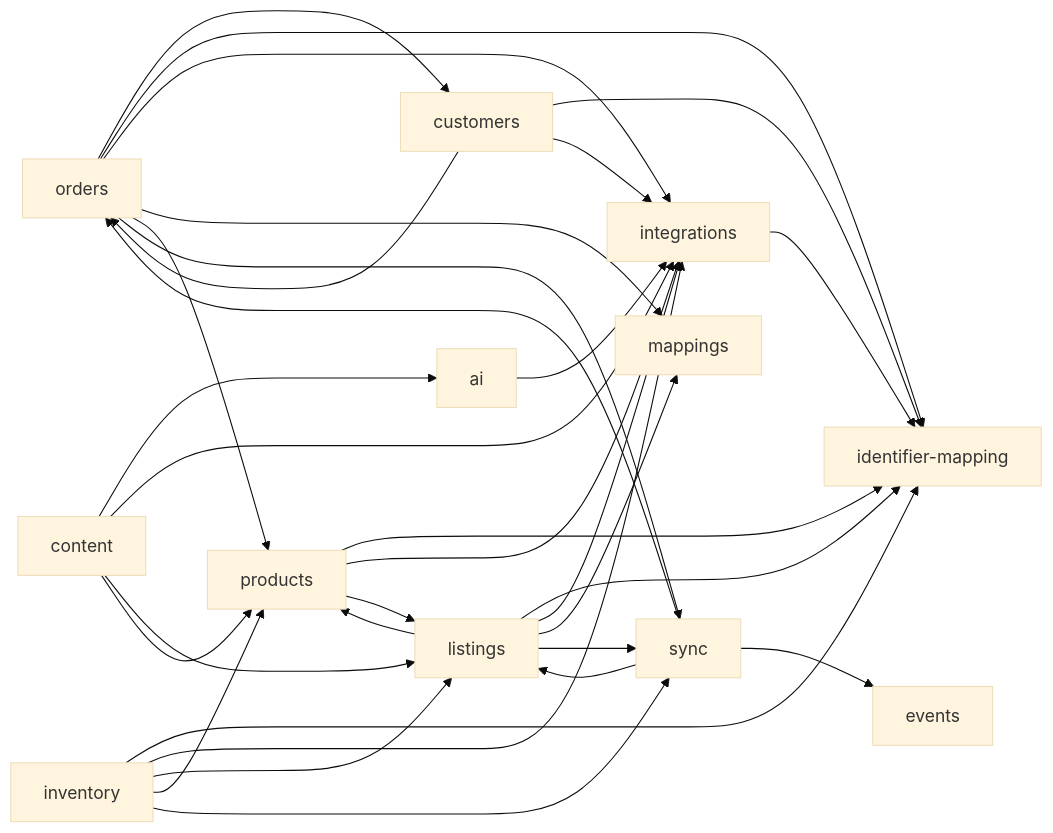
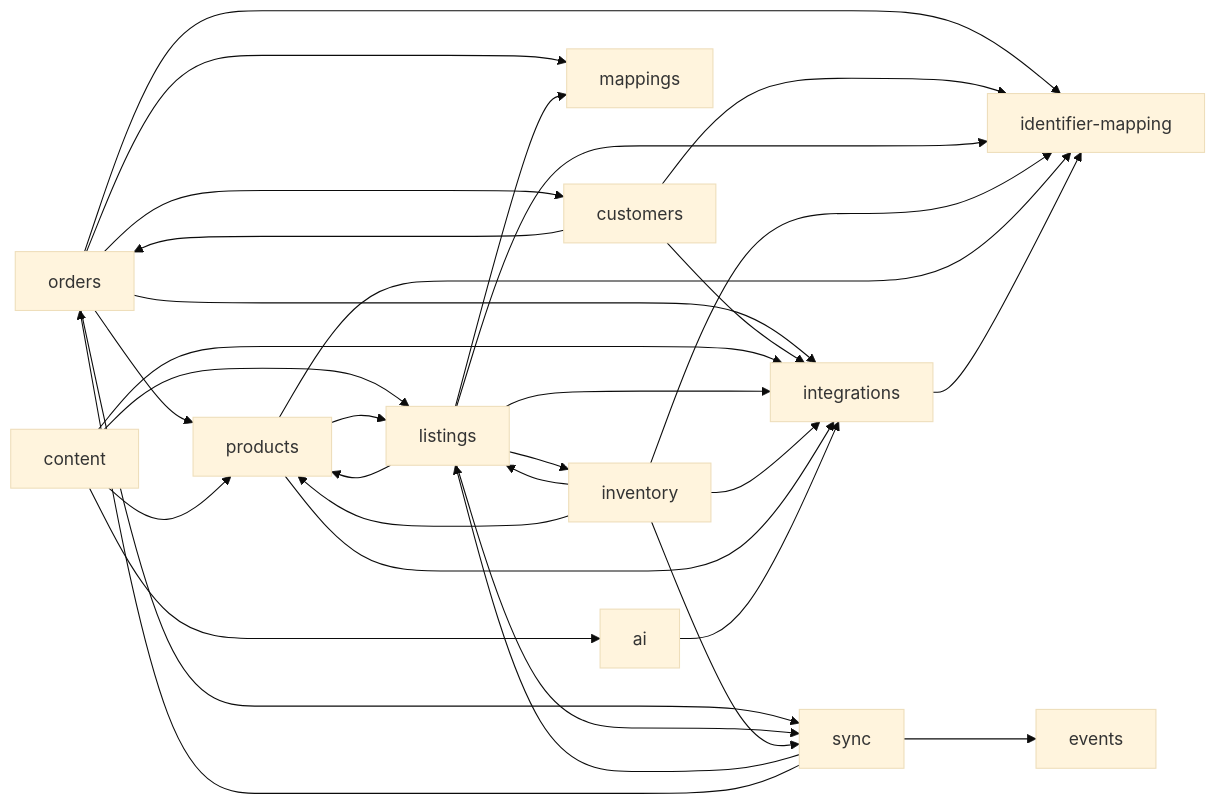
The diagram in docs/architecture-overview.md (openlinker-project/openlinker), drawn with Mermaid (base theme) before and after one commit. The commit also changed other lines of this file and 5 other files, not shown here.

````diff
--- a/docs/architecture-overview.md
+++ b/docs/architecture-overview.md
@@ -1140,34 +1141,35 @@
 ```mermaid
 graph LR
   orders --> customers
   orders --> identifier-mapping
   orders --> integrations
   orders --> mappings
   orders --> products
   orders --> sync
   customers --> identifier-mapping
   customers --> integrations
   customers --> orders
   content --> ai
   content --> integrations
   content --> listings
   content --> products
   listings --> identifier-mapping
   listings --> integrations
+  listings --> inventory
   listings --> mappings
   listings --> products
   listings --> sync
   inventory --> identifier-mapping
   inventory --> integrations
   inventory --> listings
   inventory --> products
   inventory --> sync
   products --> identifier-mapping
   products --> integrations
   products --> listings
   sync --> events
   sync --> listings
   sync --> orders
   ai --> integrations
   integrations --> identifier-mapping
 ```
````
